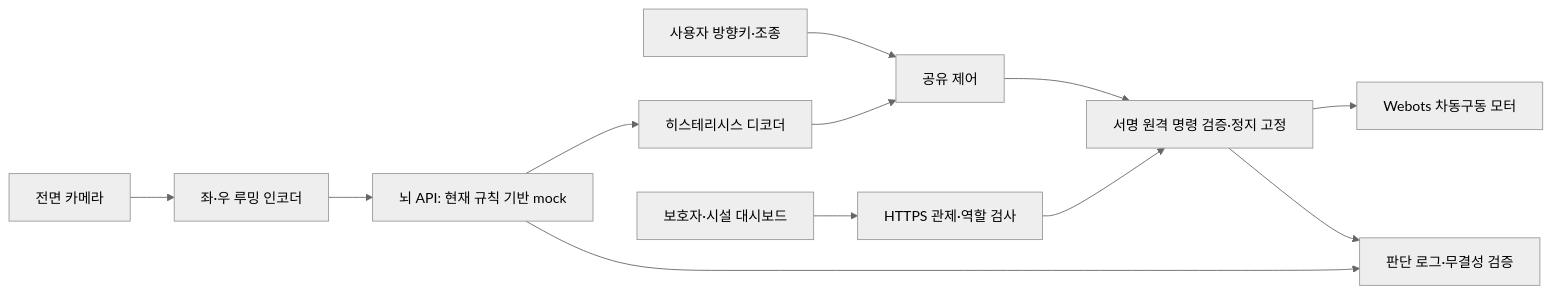
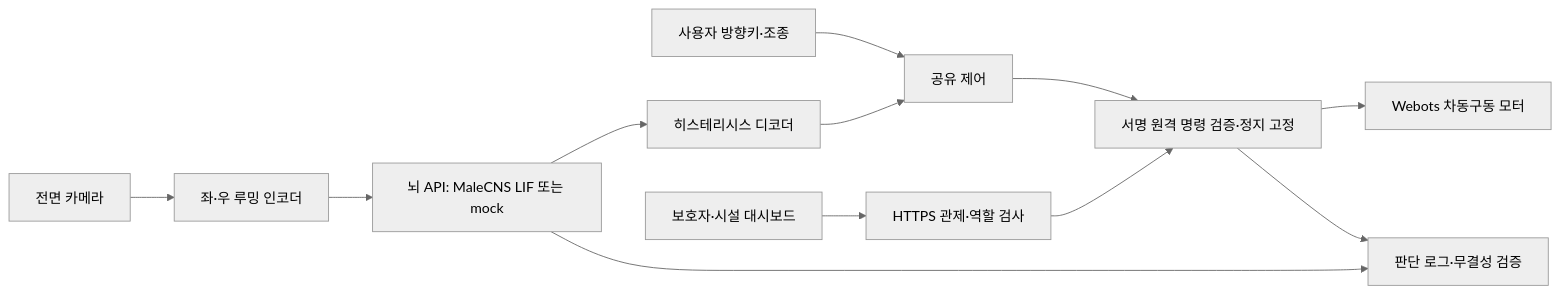
The diagram in docs/service_overview.md (mrgrit/ReflexGuard), drawn with Mermaid (neutral theme) before and after one commit. The commit also changed other lines of this file and 65 other files, not shown here.

Commit message:
MaleCNS GPU 회로와 통합 검증을 완성하고 재현·보안 근거를 기록

````diff
--- a/docs/service_overview.md
+++ b/docs/service_overview.md
@@ -13,14 +13,14 @@
 ```mermaid
 flowchart LR
   U[사용자 방향키·조종] --> A[공유 제어]
   C[전면 카메라] --> E[좌·우 루밍 인코더]
-  E --> B[뇌 API: 현재 규칙 기반 mock]
+  E --> B[뇌 API: MaleCNS LIF 또는 mock]
   B --> D[히스테리시스 디코더]
   D --> A
   A --> R[서명 원격 명령 검증·정지 고정]
   R --> M[Webots 차동구동 모터]
   O[보호자·시설 대시보드] --> S[HTTPS 관제·역할 검사]
   S --> R
   R --> L[판단 로그·무결성 검증]
   B --> L
 ```
````
